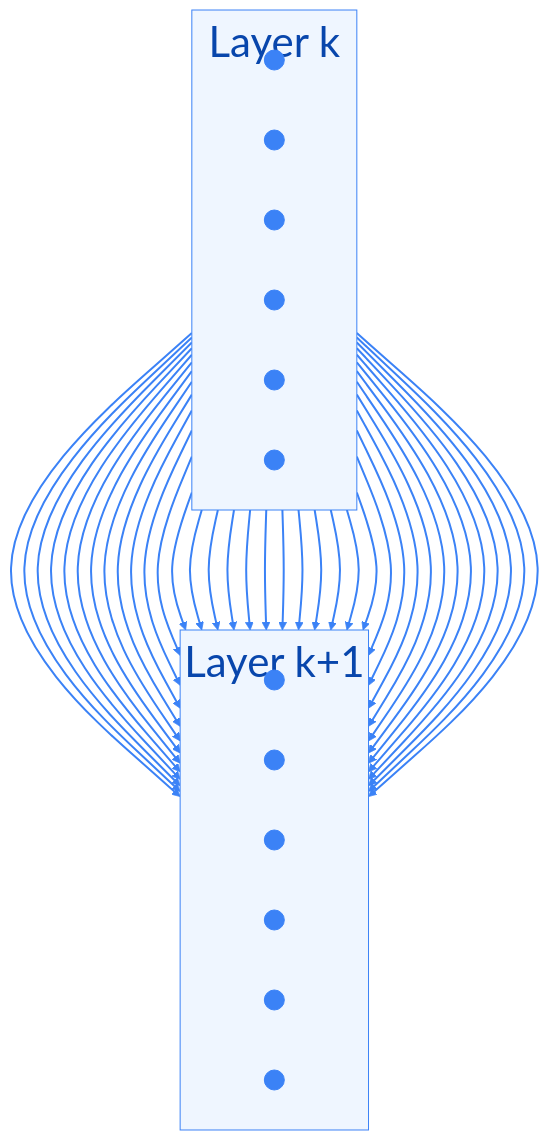
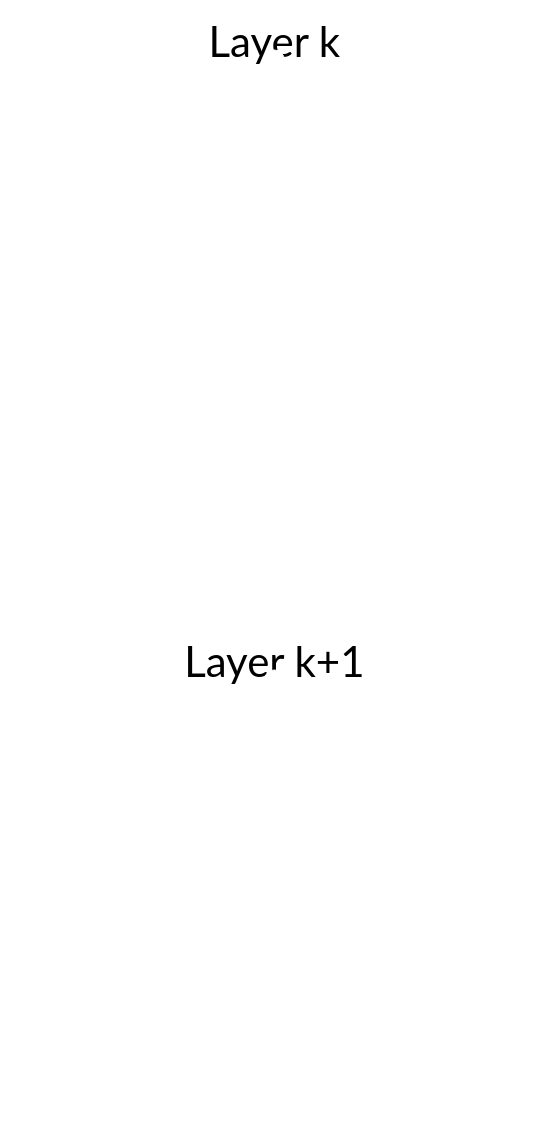
Before and after one commit to kerryback/mgmt675: the first of 2 diagrams in slides/m13-fine-tuning.qmd, drawn with Mermaid. The commit also changed other lines of this file and 1 other file, not shown here.

Commit message:
Use white nodes/arrows for LoRA diagrams, amber for adapter diagram

````diff
--- a/slides/m13-fine-tuning.qmd
+++ b/slides/m13-fine-tuning.qmd
@@ -192,43 +192,43 @@
 ```{mermaid}
 %%| fig-width: 16
-%%{init: {'theme': 'base', 'themeVariables': {'fontSize': '42px', 'primaryColor': '#3b82f6', 'primaryTextColor': '#fff', 'lineColor': '#3b82f6', 'clusterBkg': '#eff6ff', 'clusterBorder': '#3b82f6'}, 'flowchart': {'nodeSpacing': 60, 'rankSpacing': 120, 'padding': 20, 'useMaxWidth': true}}}%%
+%%{init: {'theme': 'base', 'themeVariables': {'fontSize': '42px', 'primaryColor': '#fff', 'primaryTextColor': '#fff', 'lineColor': '#fff', 'clusterBkg': 'transparent', 'clusterBorder': '#fff'}, 'flowchart': {'nodeSpacing': 60, 'rankSpacing': 120, 'padding': 20, 'useMaxWidth': true}}}%%
 graph TB
   subgraph Layer_k["Layer k"]
     direction LR
     A1((" "))
     A2((" "))
     A3((" "))
     A4((" "))
     A5((" "))
     A6((" "))
   end
   subgraph Layer_k1["Layer k+1"]
     direction LR
     B1((" "))
     B2((" "))
     B3((" "))
     B4((" "))
     B5((" "))
     B6((" "))
   end
   A1 --> B1 & B2 & B3 & B4 & B5 & B6
   A2 --> B1 & B2 & B3 & B4 & B5 & B6
   A3 --> B1 & B2 & B3 & B4 & B5 & B6
   A4 --> B1 & B2 & B3 & B4 & B5 & B6
   A5 --> B1 & B2 & B3 & B4 & B5 & B6
   A6 --> B1 & B2 & B3 & B4 & B5 & B6
 
-  linkStyle default stroke:#3b82f6,stroke-width:2px
-  style A1 fill:#3b82f6,stroke:#3b82f6,color:#fff
-  style A2 fill:#3b82f6,stroke:#3b82f6,color:#fff
-  style A3 fill:#3b82f6,stroke:#3b82f6,color:#fff
-  style A4 fill:#3b82f6,stroke:#3b82f6,color:#fff
-  style A5 fill:#3b82f6,stroke:#3b82f6,color:#fff
-  style A6 fill:#3b82f6,stroke:#3b82f6,color:#fff
-  style B1 fill:#3b82f6,stroke:#3b82f6,color:#fff
-  style B2 fill:#3b82f6,stroke:#3b82f6,color:#fff
-  style B3 fill:#3b82f6,stroke:#3b82f6,color:#fff
-  style B4 fill:#3b82f6,stroke:#3b82f6,color:#fff
-  style B5 fill:#3b82f6,stroke:#3b82f6,color:#fff
-  style B6 fill:#3b82f6,stroke:#3b82f6,color:#fff
+  linkStyle default stroke:#fff,stroke-width:2px
+  style A1 fill:#fff,stroke:#fff
+  style A2 fill:#fff,stroke:#fff
+  style A3 fill:#fff,stroke:#fff
+  style A4 fill:#fff,stroke:#fff
+  style A5 fill:#fff,stroke:#fff
+  style A6 fill:#fff,stroke:#fff
+  style B1 fill:#fff,stroke:#fff
+  style B2 fill:#fff,stroke:#fff
+  style B3 fill:#fff,stroke:#fff
+  style B4 fill:#fff,stroke:#fff
+  style B5 fill:#fff,stroke:#fff
+  style B6 fill:#fff,stroke:#fff
 ```
````
